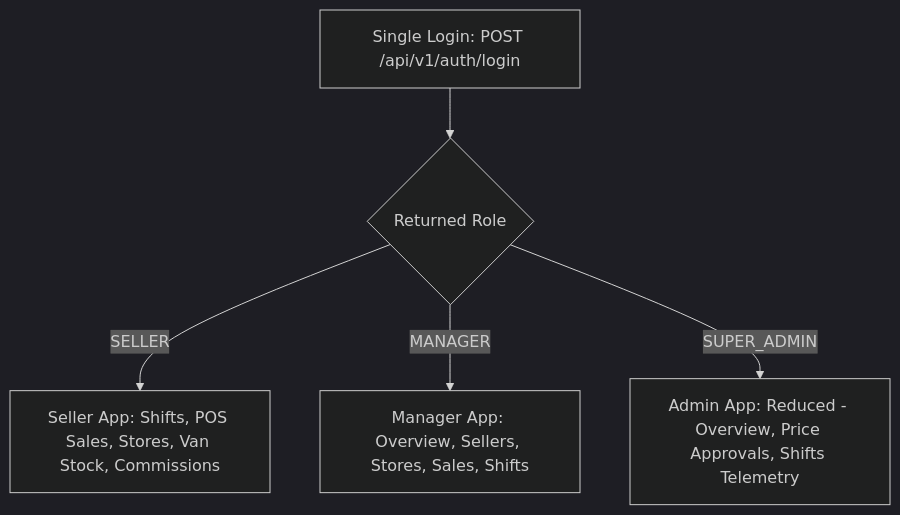
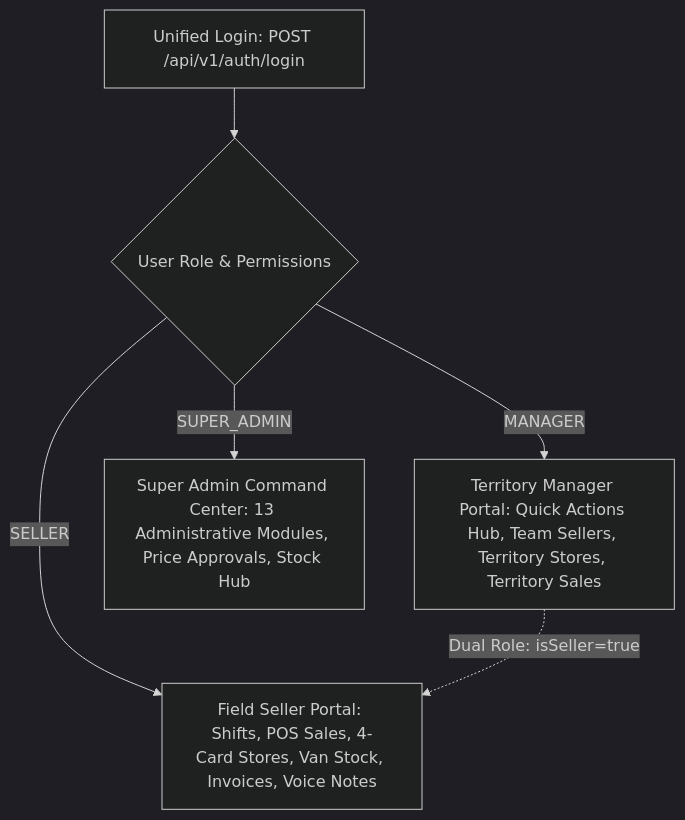
Before and after one commit to manthanut27/femmeflo-app: the first of 2 diagrams in docs/APP_SPEC.md, drawn with Mermaid (dark theme). The commit also changed other lines of this file and 10 other files, not shown here.

Commit message:
docs: comprehensive synchronization of app specs, architecture, api contracts, screens, and verification with v1.0.20 codebase

````diff
--- a/docs/APP_SPEC.md
+++ b/docs/APP_SPEC.md
@@ -22,7 +15,8 @@
 ```mermaid
 graph TD
-    Login[Single Login: POST /api/v1/auth/login] --> RoleCheck{Returned Role}
-    RoleCheck -->|SELLER| SellerApp[Seller App: Shifts, POS Sales, Stores, Van Stock, Commissions]
-    RoleCheck -->|MANAGER| ManagerApp[Manager App: Overview, Sellers, Stores, Sales, Shifts]
-    RoleCheck -->|SUPER_ADMIN| AdminApp[Admin App: Reduced - Overview, Price Approvals, Shifts Telemetry]
+    Login[Unified Login: POST /api/v1/auth/login] --> RoleCheck{User Role & Permissions}
+    RoleCheck -->|SELLER| SellerPortal[Field Seller Portal: Shifts, POS Sales, 4-Card Stores, Van Stock, Invoices, Voice Notes]
+    RoleCheck -->|MANAGER| ManagerPortal[Territory Manager Portal: Quick Actions Hub, Team Sellers, Territory Stores, Territory Sales]
+    RoleCheck -->|SUPER_ADMIN| AdminPortal[Super Admin Command Center: 13 Administrative Modules, Price Approvals, Stock Hub]
+    ManagerPortal -.->|Dual Role: isSeller=true| SellerPortal
 ```
````
